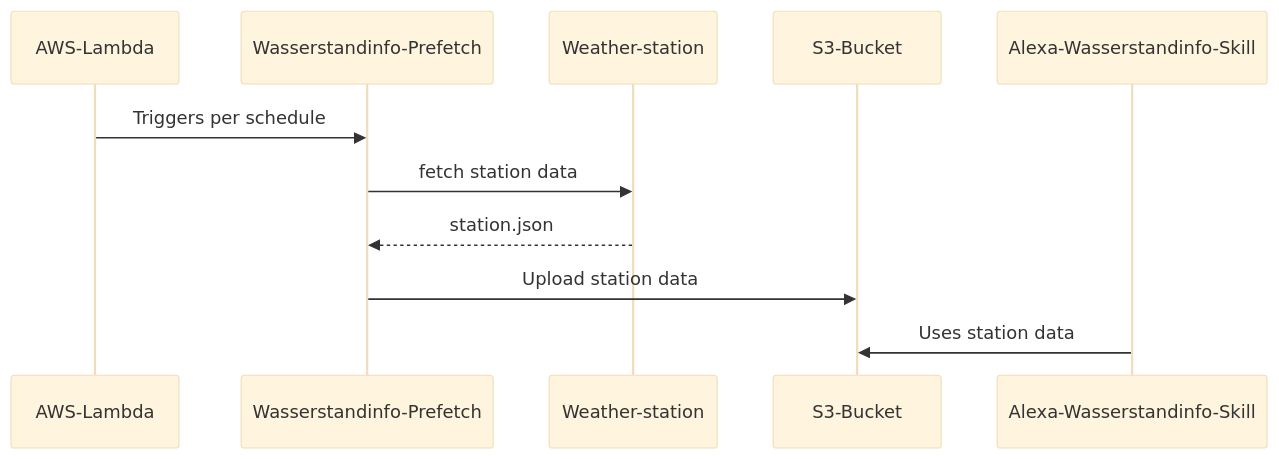
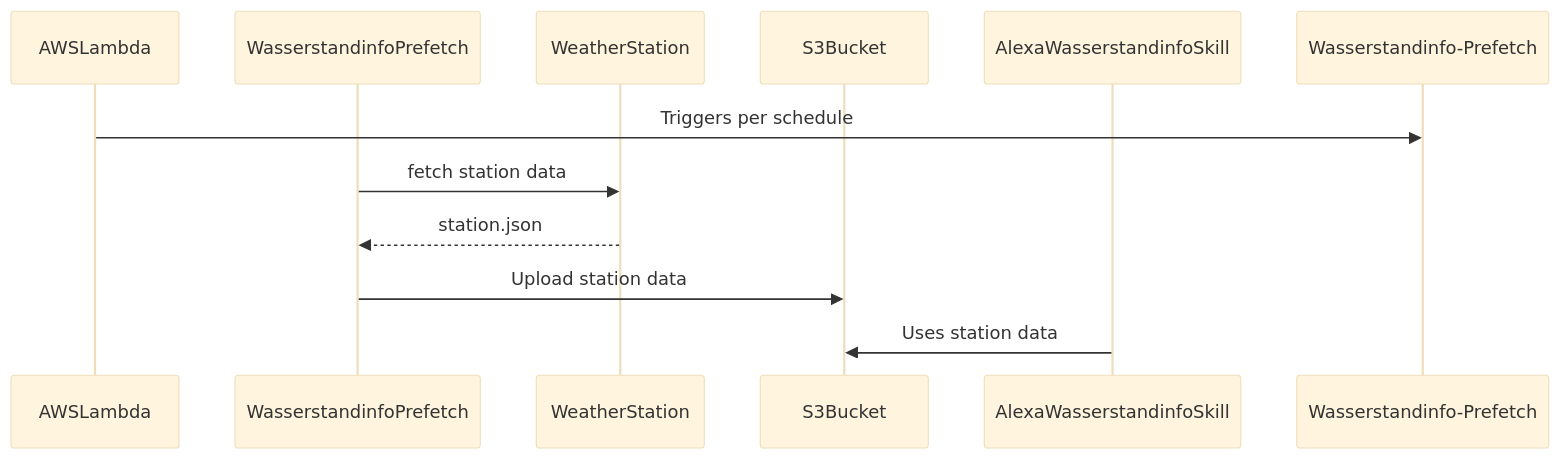
Before and after one commit to koenighotze/wasserstandinfo-prefetch: the second of 3 diagrams in README.md, drawn with Mermaid (base theme).

````diff
--- a/README.md
+++ b/README.md
@@ -24,14 +24,14 @@
 ```mermaid
   sequenceDiagram
-    participant AWS-Lambda
-    participant Wasserstandinfo-Prefetch
-    participant Weather-station
-    participant S3-Bucket
-    participant Alexa-Wasserstandinfo-Skill
+    participant AWSLambda
+    participant WasserstandinfoPrefetch
+    participant WeatherStation
+    participant S3Bucket
+    participant AlexaWasserstandinfoSkill
 
-    AWS-Lambda->>Wasserstandinfo-Prefetch: Triggers per schedule
-    Wasserstandinfo-Prefetch->>Weather-station: fetch station data
-    Weather-station-->>Wasserstandinfo-Prefetch: station.json
-    Wasserstandinfo-Prefetch->>S3-Bucket: Upload station data
-    Alexa-Wasserstandinfo-Skill->>S3-Bucket: Uses station data
+    AWSLambda->>Wasserstandinfo-Prefetch: Triggers per schedule
+    WasserstandinfoPrefetch->>WeatherStation: fetch station data
+    WeatherStation-->>WasserstandinfoPrefetch: station.json
+    WasserstandinfoPrefetch->>S3Bucket: Upload station data
+    AlexaWasserstandinfoSkill->>S3Bucket: Uses station data
 ```
````
